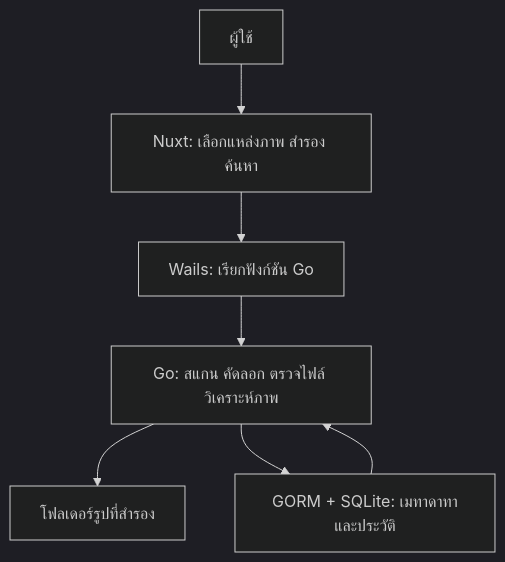
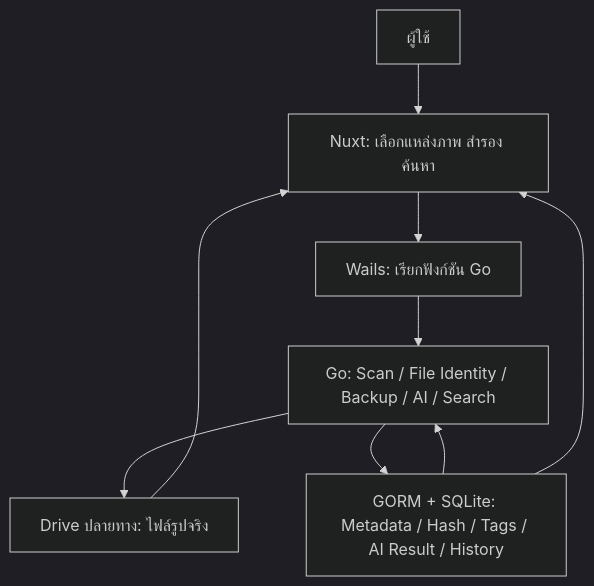
Before and after one commit to BarBQFoot/photo-backup-manager: the diagram in docs/แผนโครงงาน Final Project โปรแกรมสำรองรูปภาพจาก Flash Drive หรือโทรศัพท์มือถือ.md, drawn with Mermaid (dark theme). The commit also changed other lines of this file and 20 other files, not shown here.

````diff
--- a/docs/แผนโครงงาน Final Project โปรแกรมสำรองรูปภาพจาก Flash Drive หรือโทรศัพท์มือถือ.md
+++ b/docs/แผนโครงงาน Final Project โปรแกรมสำรองรูปภาพจาก Flash Drive หรือโทรศัพท์มือถือ.md
@@ -72,9 +78,11 @@
 ```mermaid
 flowchart TD
     U["ผู้ใช้"] --> N["Nuxt: เลือกแหล่งภาพ สำรอง ค้นหา"]
     N --> W["Wails: เรียกฟังก์ชัน Go"]
-    W --> B["Go: สแกน คัดลอก ตรวจไฟล์ วิเคราะห์ภาพ"]
-    B --> F["โฟลเดอร์รูปที่สำรอง"]
-    B --> D["GORM + SQLite: เมทาดาทาและประวัติ"]
+    W --> B["Go: Scan / File Identity / Backup / AI / Search"]
+    B --> F["Drive ปลายทาง: ไฟล์รูปจริง"]
+    B --> D["GORM + SQLite: Metadata / Hash / Tags / AI Result / History"]
     D --> B
+    F --> N
+    D --> N
 ```
````
